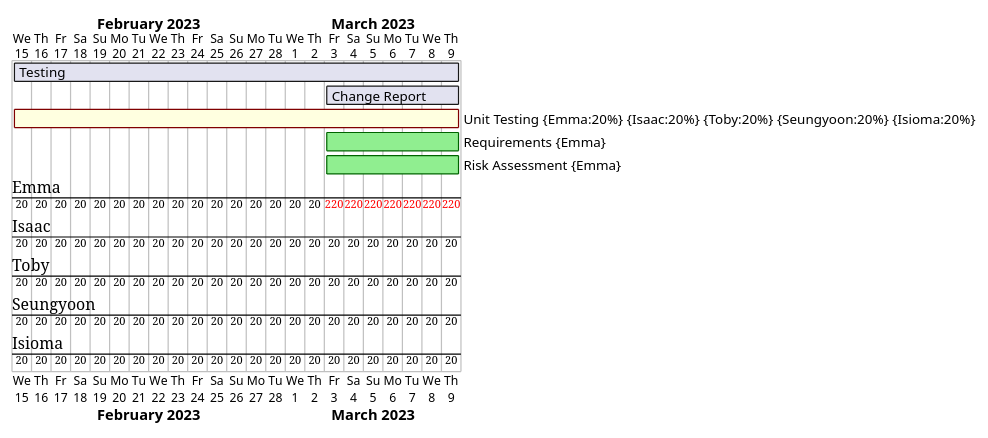
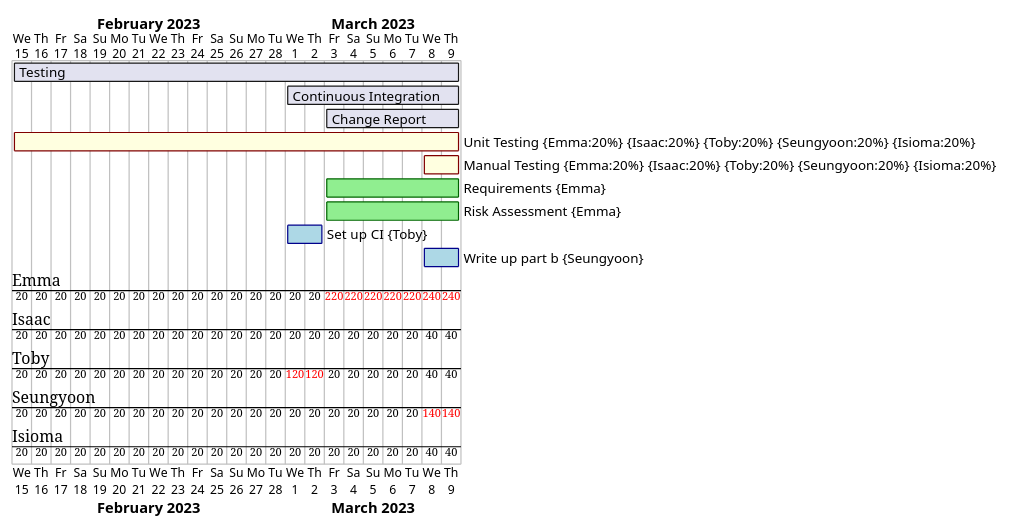
One commit to AsimovENG1/project_eng1_team3 changed the diagram in gantts/Week3.puml. Above: the diagram before and after it, drawn with PlantUML. The commit also changed 1 other file, not shown here.

```diff
--- a/gantts/Week3.puml
+++ b/gantts/Week3.puml
@@ -1,14 +1,22 @@
 @startgantt
 
 Project starts 2023-02-15
 
 [Testing] starts 2023-02-15
 [Testing] lasts 23 days
+[Continuous Integration] starts 2023-03-01
+[Continuous Integration] lasts 9 days
 [Change Report] starts 2023-03-03
 [Change Report] lasts 7 days
 
 [Unit Testing] on {Emma:20%} {Isaac:20%} {Toby:20%} {Seungyoon:20%} {Isioma:20%} starts 2023-02-15 and ends 2023-03-09 and is colored in LightYellow/Maroon
+[Manual Testing] on {Emma:20%} {Isaac:20%} {Toby:20%} {Seungyoon:20%} {Isioma:20%} starts 2023-03-08 and ends 2023-03-09 and is colored in LightYellow/Maroon
+
 [Requirements] on {Emma:100%} starts 2023-03-03 and ends 2023-03-09 and is colored in LightGreen/DarkGreen
 [Risk Assessment] on {Emma:100%} starts 2023-03-03 and ends 2023-03-09 and is colored in LightGreen/DarkGreen
 
+
+[Set up CI] on {Toby:100%} starts 2023-03-01 and ends 2023-03-02 and is colored in LightBlue/DarkBlue
+[Write up part b] on {Seungyoon:100%} starts 2023-03-08 and ends 2023-03-09 and is colored in LightBlue/DarkBlue
+
 @endgantt
```
